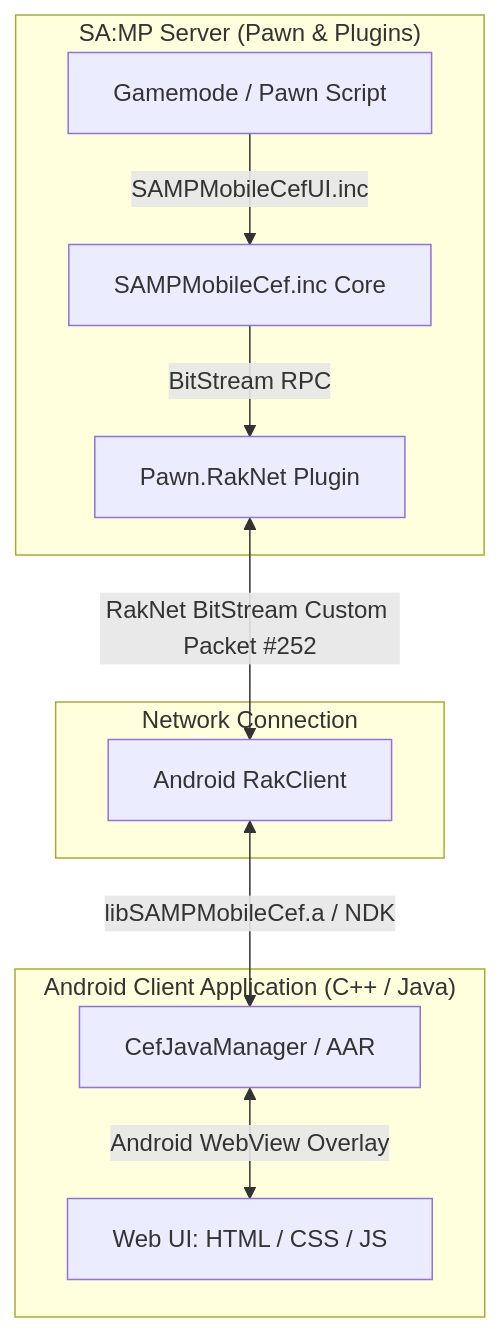
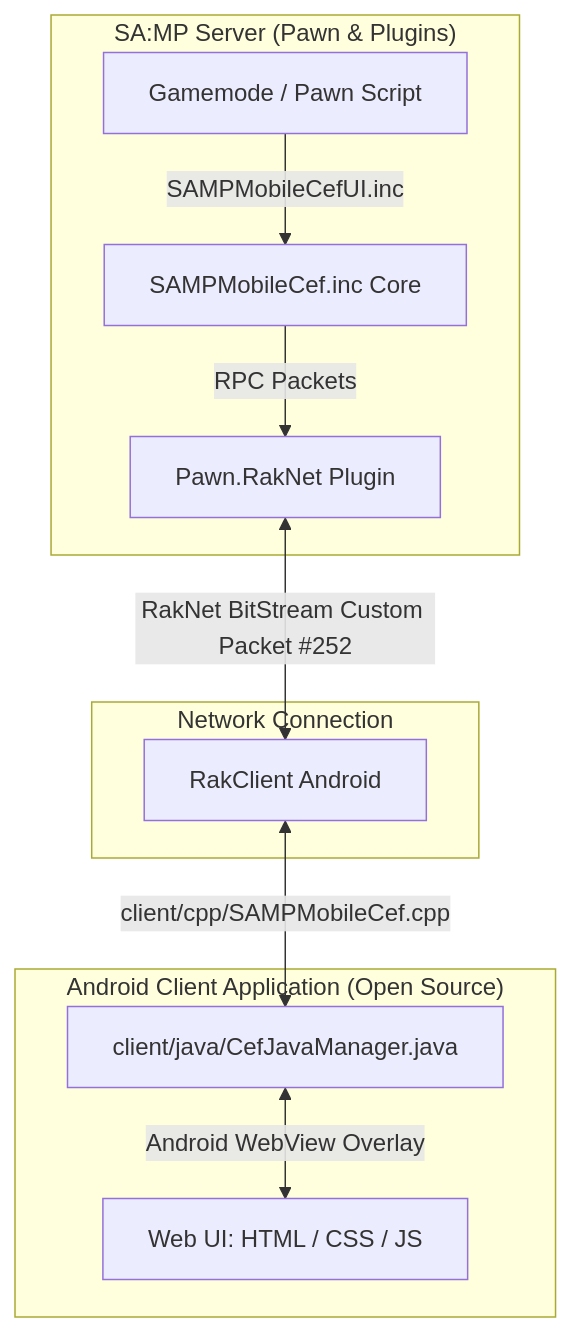
Before and after one commit to DragoniaCompany1/samp-mobile-cef: the diagram in README.md, drawn with Mermaid. The commit also changed other lines of this file and 9 other files, not shown here.

````diff
--- a/README.md
+++ b/README.md
@@ -73,16 +86,16 @@
 ```mermaid
 graph TD
     subgraph "SA:MP Server (Pawn & Plugins)"
-        Gamemode[Gamemode / Pawn Script] -->|SAMPMobileCefUI.inc| CoreInclude[SAMPMobileCef.inc Core]
-        CoreInclude -->|BitStream RPC| PawnRakNet[Pawn.RakNet Plugin]
+        A[Gamemode / Pawn Script] -->|SAMPMobileCefUI.inc| B[SAMPMobileCef.inc Core]
+        B -->|RPC Packets| C[Pawn.RakNet Plugin]
     end
 
     subgraph "Network Connection"
-        PawnRakNet <-->|RakNet BitStream Custom Packet #252| RakClient[Android RakClient]
+        C <-->|RakNet BitStream Custom Packet #252| D[RakClient Android]
     end
 
-    subgraph "Android Client Application (C++ / Java)"
-        RakClient <-->|libSAMPMobileCef.a / NDK| JavaManager[CefJavaManager / AAR]
-        JavaManager <-->|Android WebView Overlay| WebUI[Web UI: HTML / CSS / JS]
+    subgraph "Android Client Application (Open Source)"
+        D <-->|client/cpp/SAMPMobileCef.cpp| E[client/java/CefJavaManager.java]
+        E <-->|Android WebView Overlay| F[Web UI: HTML / CSS / JS]
     end
 ```
````
